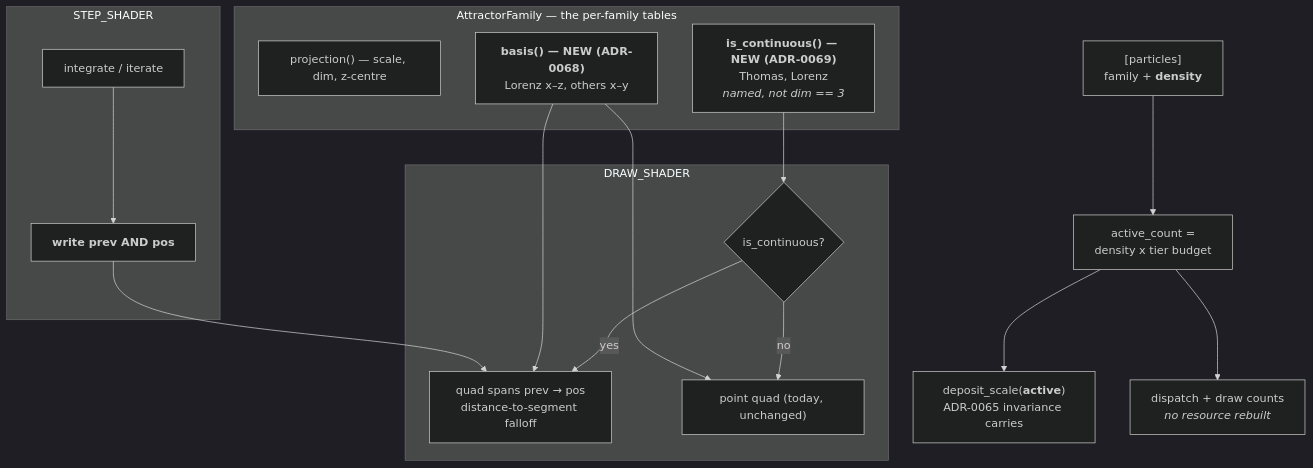
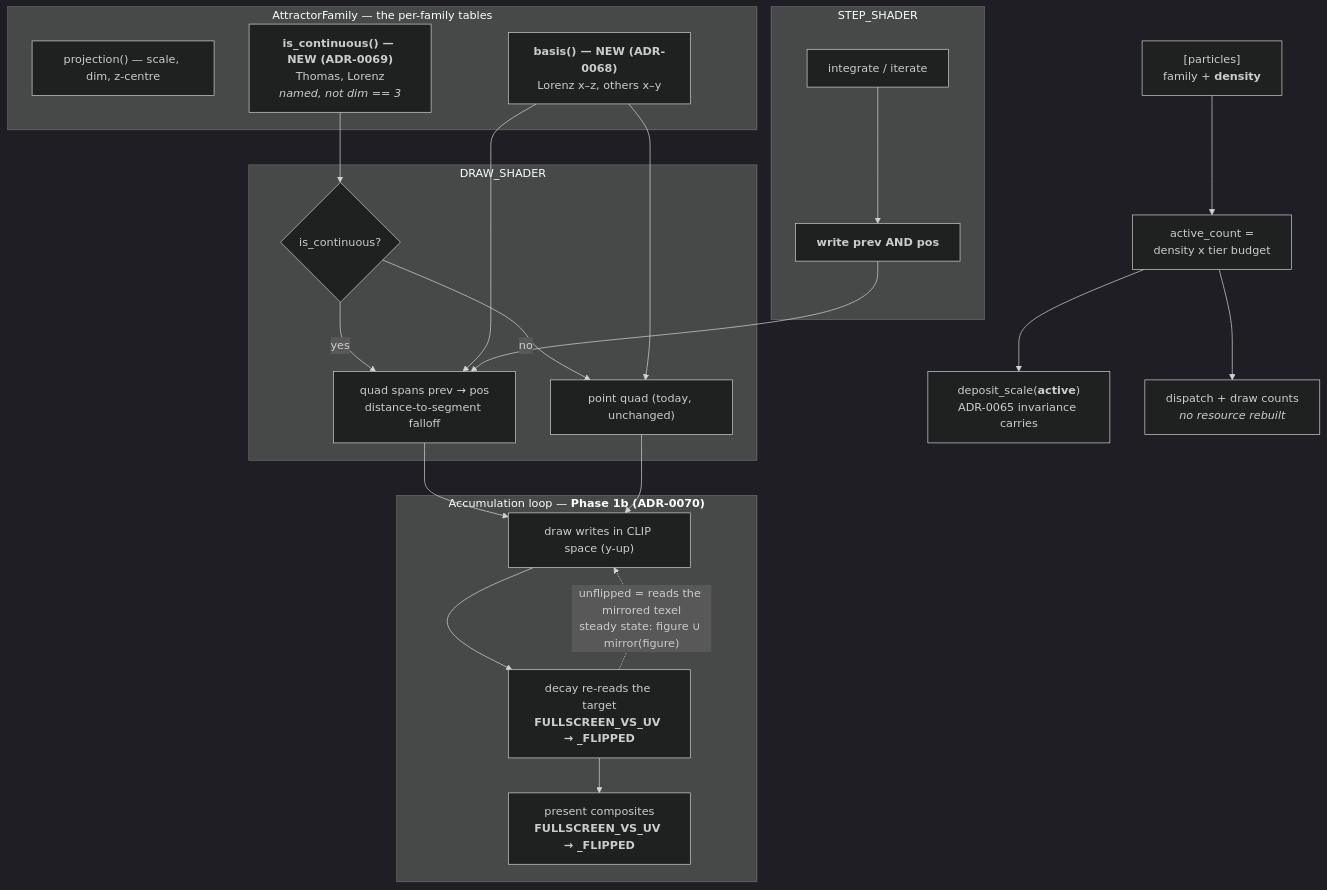
Before and after one commit to IgorKonovalov/Ritmolux: the diagram in docs/plans/0059-lorenz-finds-its-plane.md, drawn with Mermaid (dark theme). The commit also changed other lines of this file and 3 other files, not shown here.

First line of the commit message:
docs(adr-0070): a feedback pass addresses its own target in framebuffer space

````diff
--- a/docs/plans/0059-lorenz-finds-its-plane.md
+++ b/docs/plans/0059-lorenz-finds-its-plane.md
@@ -82,22 +108,30 @@
 ```mermaid
 flowchart TB
     subgraph fam["AttractorFamily — the per-family tables"]
         P["projection() — scale, dim, z-centre"]
         B["<b>basis() — NEW (ADR-0068)</b><br/>Lorenz x–z, others x–y"]
         C["<b>is_continuous() — NEW (ADR-0069)</b><br/>Thomas, Lorenz<br/><i>named, not dim == 3</i>"]
     end
     subgraph step["STEP_SHADER"]
         S1["integrate / iterate"] --> S2["<b>write prev AND pos</b>"]
     end
     subgraph draw["DRAW_SHADER"]
         D1{"is_continuous?"}
         D1 -->|"yes"| D2["quad spans prev → pos<br/>distance-to-segment falloff"]
         D1 -->|"no"| D3["point quad (today, unchanged)"]
     end
+    subgraph trail["Accumulation loop — <b>Phase 1b (ADR-0070)</b>"]
+        T1["draw writes in CLIP space (y-up)"]
+        T2["decay re-reads the target<br/><b>FULLSCREEN_VS_UV → _FLIPPED</b>"]
+        T3["present composites<br/><b>FULLSCREEN_VS_UV → _FLIPPED</b>"]
+        T1 --> T2 --> T3
+        T2 -. "unflipped = reads the mirrored texel<br/>steady state: figure ∪ mirror(figure)" .-> T1
+    end
+    D2 & D3 --> T1
     CFG["[particles]<br/>family + <b>density</b>"] --> AC["active_count =<br/>density x tier budget"]
     AC --> DS["deposit_scale(<b>active</b>)<br/>ADR-0065 invariance carries"]
     AC --> DISP["dispatch + draw counts<br/><i>no resource rebuilt</i>"]
     B --> D2 & D3
     C --> D1
     S2 --> D2
 ```
````
